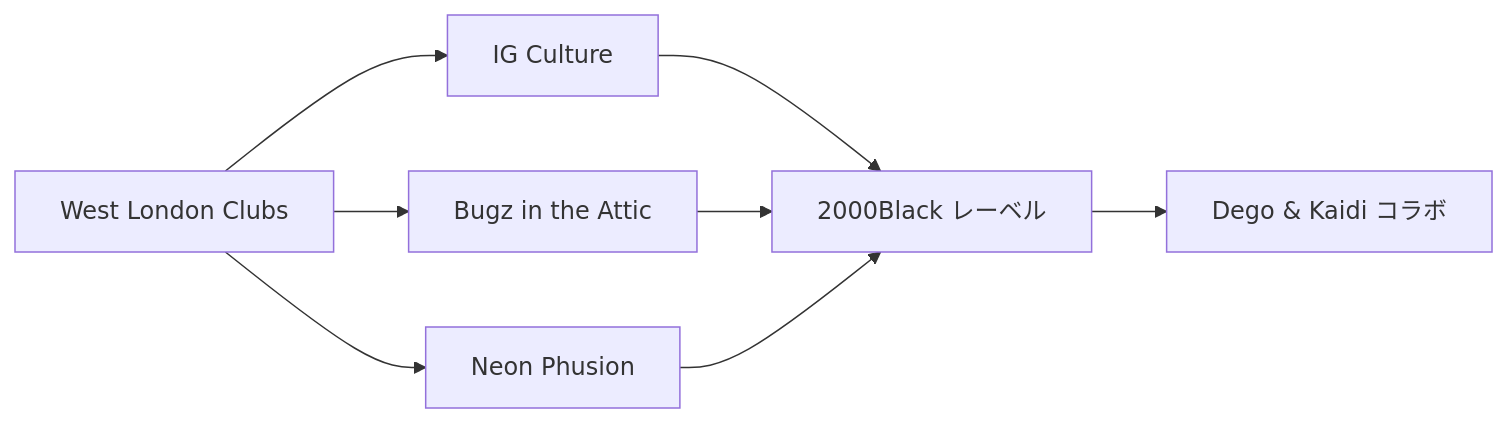
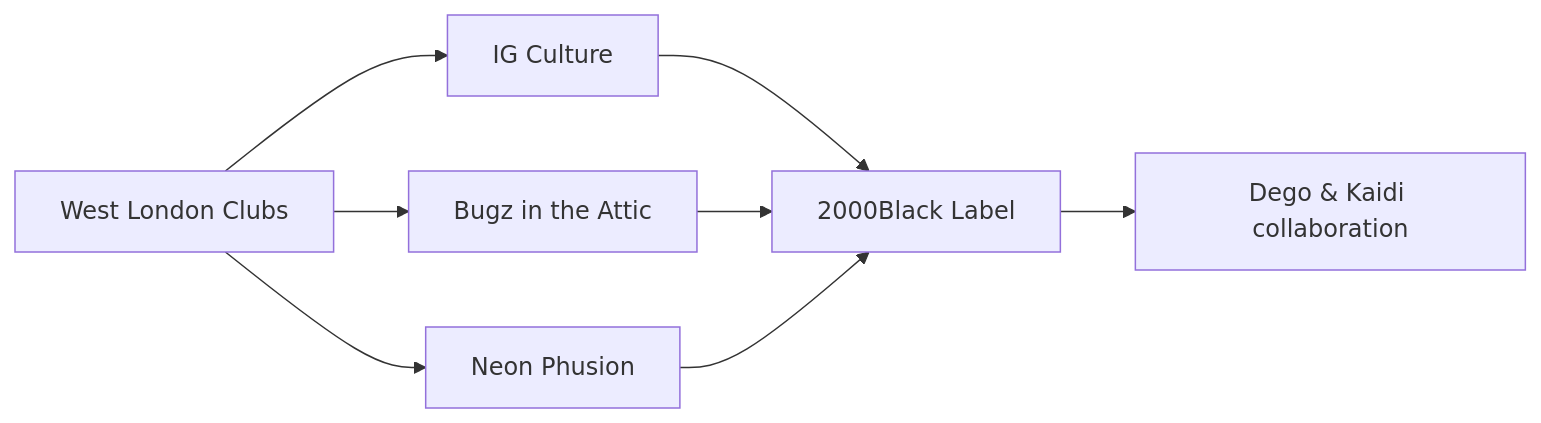
Before and after one commit to monumental-movement/monumental-movement.github.io: the second of 4 diagrams in en/_posts/2025-11-28-column-dego-kaidi-so-we-gwarn.md, drawn with Mermaid. The commit also changed other lines of this file and 801 other files, not shown here.

```diff
--- a/en/_posts/2025-11-28-column-dego-kaidi-so-we-gwarn.md
+++ b/en/_posts/2025-11-28-column-dego-kaidi-so-we-gwarn.md
@@ -81,8 +81,8 @@
 <div class="mermaid">
 flowchart LR
     A["West London Clubs"] --> B["IG Culture"]
     A --> C["Bugz in the Attic"]
     A --> D["Neon Phusion"]
-    B & C & D --> E["2000Black レーベル"]
-    E --> F["Dego & Kaidi コラボ"]
+    B & C & D --> E["2000Black Label"]
+    E --> F["Dego & Kaidi collaboration"]
 </div>
```
